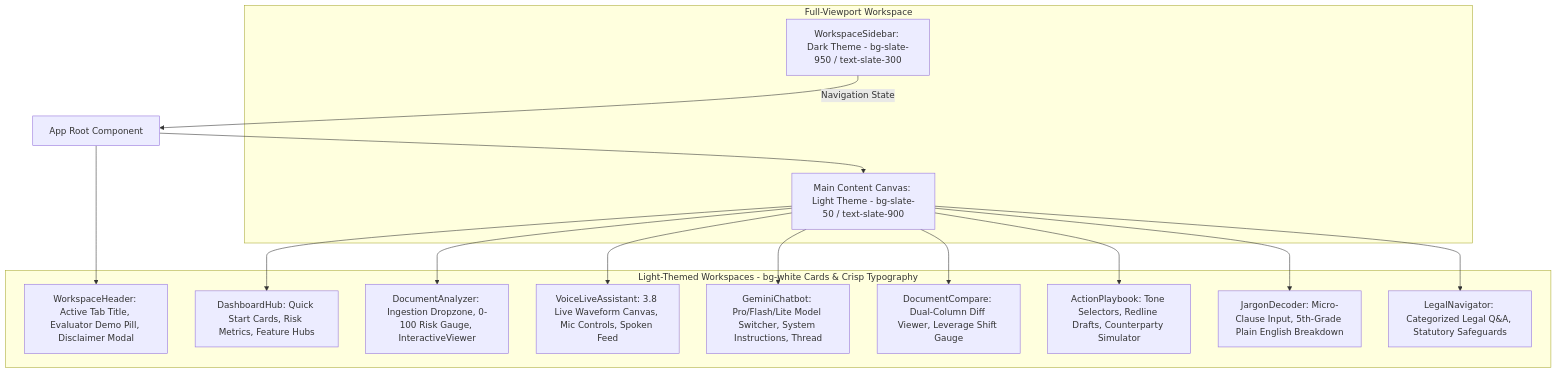
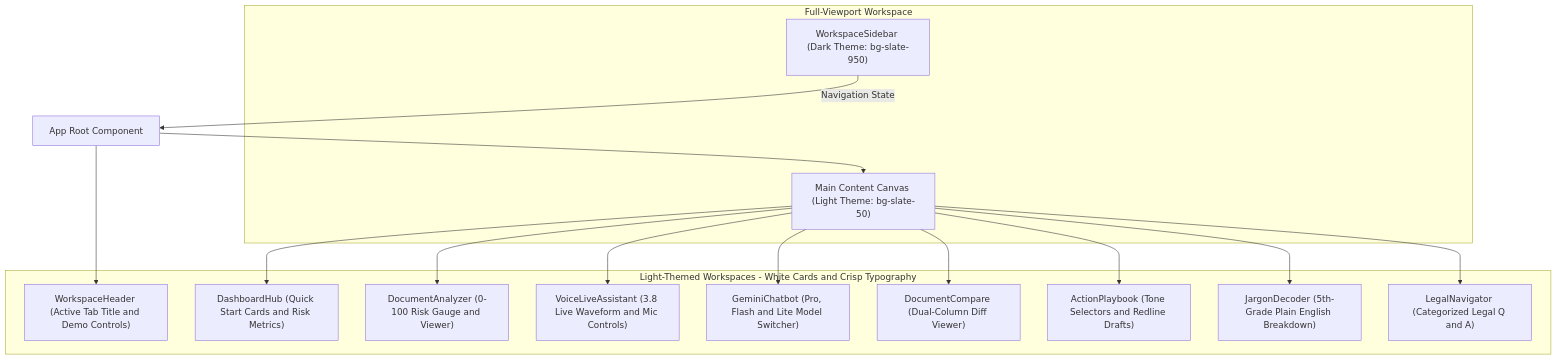
Before and after one commit to RiyanshiVerma-11/ClarifyLegal: the ninth of 10 diagrams in README.md, drawn with Mermaid. The commit also changed other lines of this file, not shown here.

First line of the commit message:
docs: update architecture diagram in README

````diff
--- a/README.md
+++ b/README.md
@@ -386,32 +385,32 @@
 ```mermaid
 graph TD
     subgraph WorkspaceContainer [Full-Viewport Workspace]
-        Sidebar[WorkspaceSidebar: Dark Theme - bg-slate-950 / text-slate-300]
-        MainContent[Main Content Canvas: Light Theme - bg-slate-50 / text-slate-900]
+        Sidebar["WorkspaceSidebar (Dark Theme: bg-slate-950)"]
+        MainContent["Main Content Canvas (Light Theme: bg-slate-50)"]
     end
 
     Sidebar -->|Navigation State| AppRoot[App Root Component]
     
-    subgraph LightWorkspaceViews [Light-Themed Workspaces - bg-white Cards & Crisp Typography]
-        Header[WorkspaceHeader: Active Tab Title, Evaluator Demo Pill, Disclaimer Modal]
-        Dashboard[DashboardHub: Quick Start Cards, Risk Metrics, Feature Hubs]
-        Analyzer[DocumentAnalyzer: Ingestion Dropzone, 0-100 Risk Gauge, InteractiveViewer]
-        LiveVoice[VoiceLiveAssistant: 3.8 Live Waveform Canvas, Mic Controls, Spoken Feed]
-        Chatbot[GeminiChatbot: Pro/Flash/Lite Model Switcher, System Instructions, Thread]
-        Compare[DocumentCompare: Dual-Column Diff Viewer, Leverage Shift Gauge]
-        Playbook[ActionPlaybook: Tone Selectors, Redline Drafts, Counterparty Simulator]
-        Decoder[JargonDecoder: Micro-Clause Input, 5th-Grade Plain English Breakdown]
-        Navigator[LegalNavigator: Categorized Legal Q&A, Statutory Safeguards]
+    subgraph LightWorkspaceViews [Light-Themed Workspaces - White Cards and Crisp Typography]
+        Header["WorkspaceHeader (Active Tab Title and Demo Controls)"]
+        Dashboard["DashboardHub (Quick Start Cards and Risk Metrics)"]
+        Analyzer["DocumentAnalyzer (0-100 Risk Gauge and Viewer)"]
+        LiveVoice["VoiceLiveAssistant (3.8 Live Waveform and Mic Controls)"]
+        Chatbot["GeminiChatbot (Pro, Flash and Lite Model Switcher)"]
+        Compare["DocumentCompare (Dual-Column Diff Viewer)"]
+        Playbook["ActionPlaybook (Tone Selectors and Redline Drafts)"]
+        Decoder["JargonDecoder (5th-Grade Plain English Breakdown)"]
+        Navigator["LegalNavigator (Categorized Legal Q and A)"]
     end
 
     AppRoot --> Header
     AppRoot --> MainContent
     MainContent --> Dashboard
     MainContent --> Analyzer
     MainContent --> LiveVoice
     MainContent --> Chatbot
     MainContent --> Compare
     MainContent --> Playbook
     MainContent --> Decoder
     MainContent --> Navigator
 ```
````
